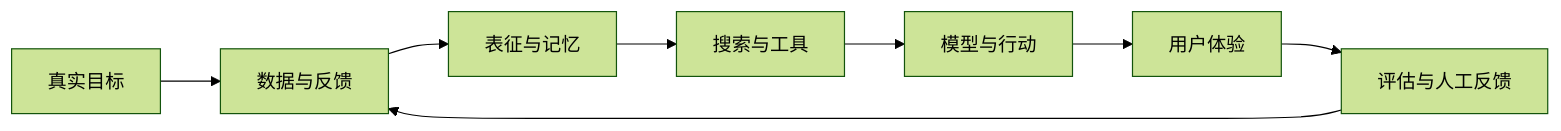
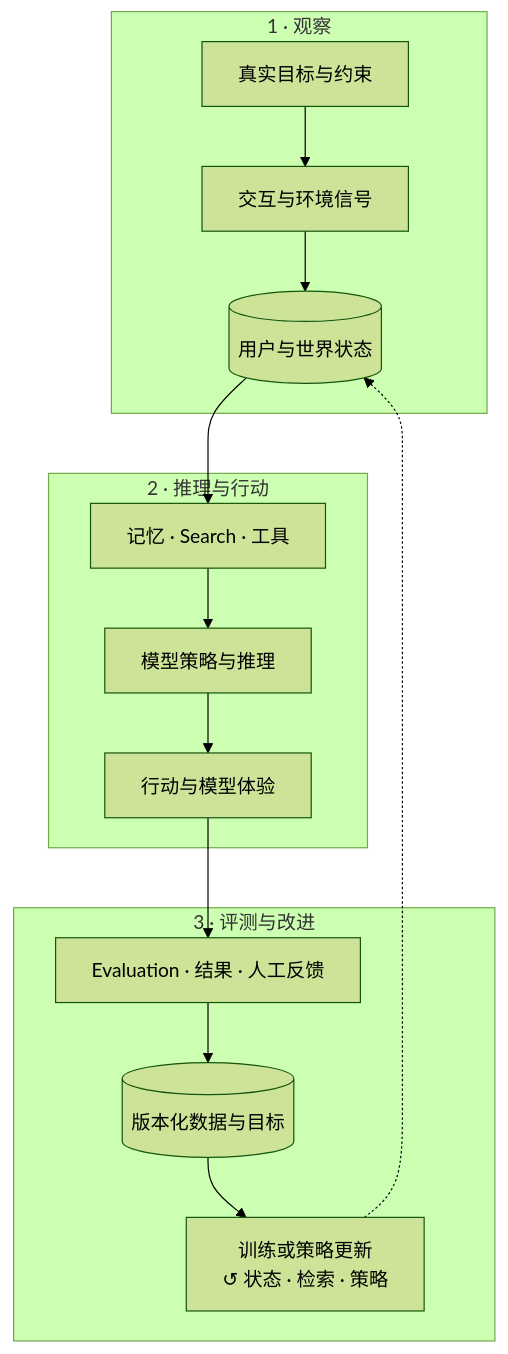
One commit to tianyi-zhang-02/cooking-agi changed the diagram in README.md. Above: the diagram before and after it, drawn with Mermaid (forest theme). The commit also changed 18 other files, not shown here.

Commit message:
redesign the guide diagrams

````diff
--- a/README.md
+++ b/README.md
@@ -29,10 +29,21 @@
 ```mermaid
-flowchart LR
-    A[真实目标] --> B[数据与反馈]
-    B --> C[表征与记忆]
-    C --> D[搜索与工具]
-    D --> E[模型与行动]
-    E --> F[用户体验]
-    F --> G[评估与人工反馈]
-    G --> B
+flowchart TB
+    subgraph O["1 · 观察"]
+        A["真实目标与约束"] --> B["交互与环境信号"]
+        B --> C[("用户与世界状态")]
+    end
+
+    subgraph R["2 · 推理与行动"]
+        D["记忆 · Search · 工具"] --> E["模型策略与推理"]
+        E --> F["行动与模型体验"]
+    end
+
+    subgraph L["3 · 评测与改进"]
+        G["Evaluation · 结果 · 人工反馈"] --> H[("版本化数据与目标")]
+        H --> I["训练或策略更新<br/>↺ 状态 · 检索 · 策略"]
+    end
+
+    C --> D
+    F --> G
+    I -.-> C
 ```
````
